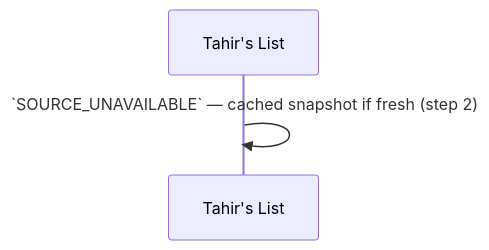
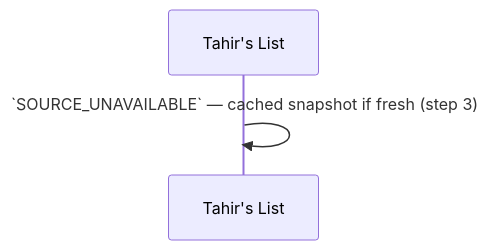
The third of 12 diagrams in docs/features/SC-211/04-blackbox/UC-01-run-sample-directory-ingestion.md (Losers-Lab/tahirs-list), drawn with Mermaid before and after one commit. The commit also changed other lines of this file and 8 other files, not shown here.

````diff
--- a/docs/features/SC-211/04-blackbox/UC-01-run-sample-directory-ingestion.md
+++ b/docs/features/SC-211/04-blackbox/UC-01-run-sample-directory-ingestion.md
@@ -37,5 +39,5 @@
 ```mermaid
 sequenceDiagram
   participant TL as Tahir's List
-  TL->>TL: `SOURCE_UNAVAILABLE` — cached snapshot if fresh (step 2)
+  TL->>TL: `SOURCE_UNAVAILABLE` — cached snapshot if fresh (step 3)
 ```
````
